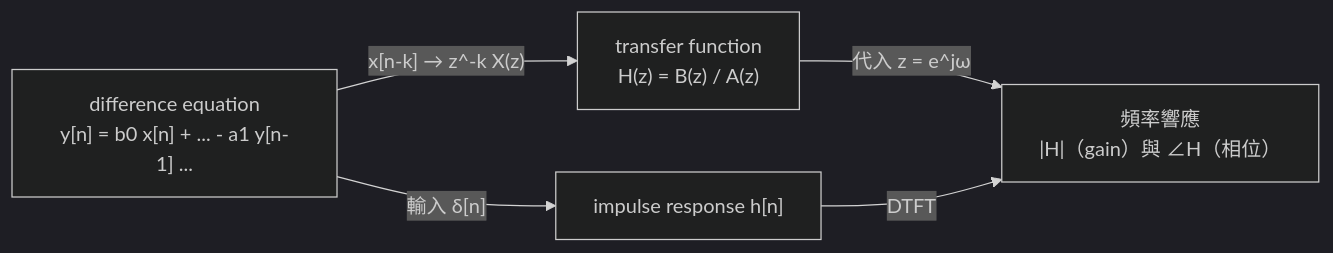
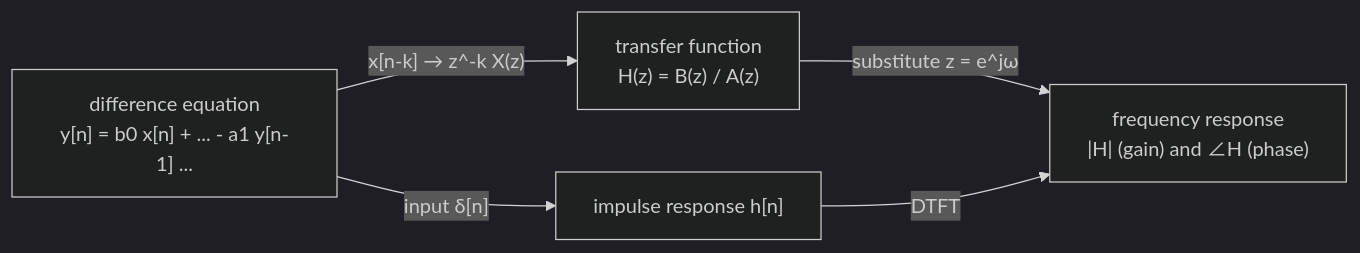
One commit to TomHsieh300/DAW-for-fun changed the first of 2 diagrams in lessons/02-filter/README.md. Above: the diagram before and after it, drawn with Mermaid (dark theme). The commit also changed other lines of this file and 25 other files, not shown here.

````diff
--- a/lessons/02-filter/README.md
+++ b/lessons/02-filter/README.md
@@ -177,7 +178,7 @@
 ```mermaid
 flowchart LR
     DE["difference equation<br/>y[n] = b0 x[n] + ... - a1 y[n-1] ..."] -- "x[n-k] → z^-k X(z)" --> TF["transfer function<br/>H(z) = B(z) / A(z)"]
-    TF -- "代入 z = e^jω" --> FR["頻率響應<br/>|H|（gain）與 ∠H（相位）"]
-    DE -- "輸入 δ[n]" --> IR["impulse response h[n]"]
+    TF -- "substitute z = e^jω" --> FR["frequency response<br/>|H| (gain) and ∠H (phase)"]
+    DE -- "input δ[n]" --> IR["impulse response h[n]"]
     IR -- "DTFT" --> FR
 ```
````
